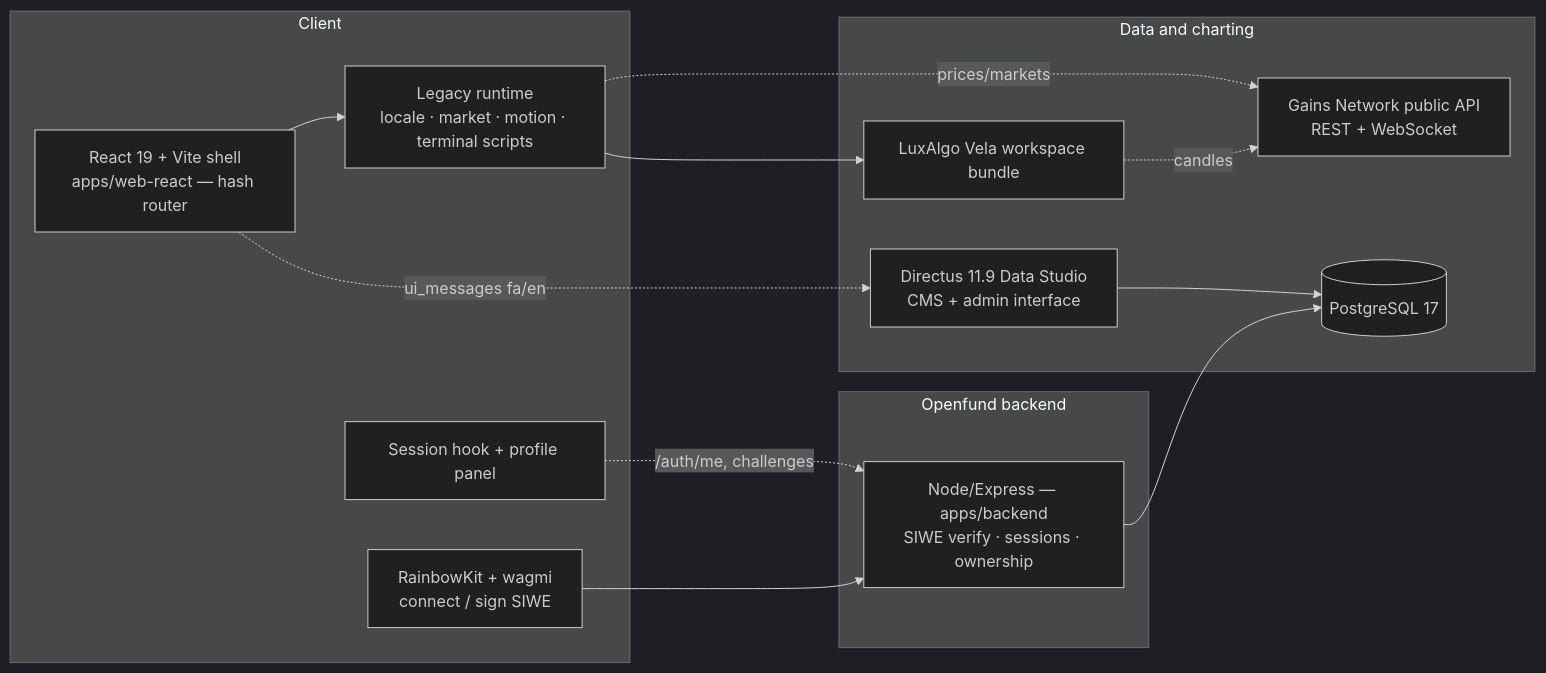
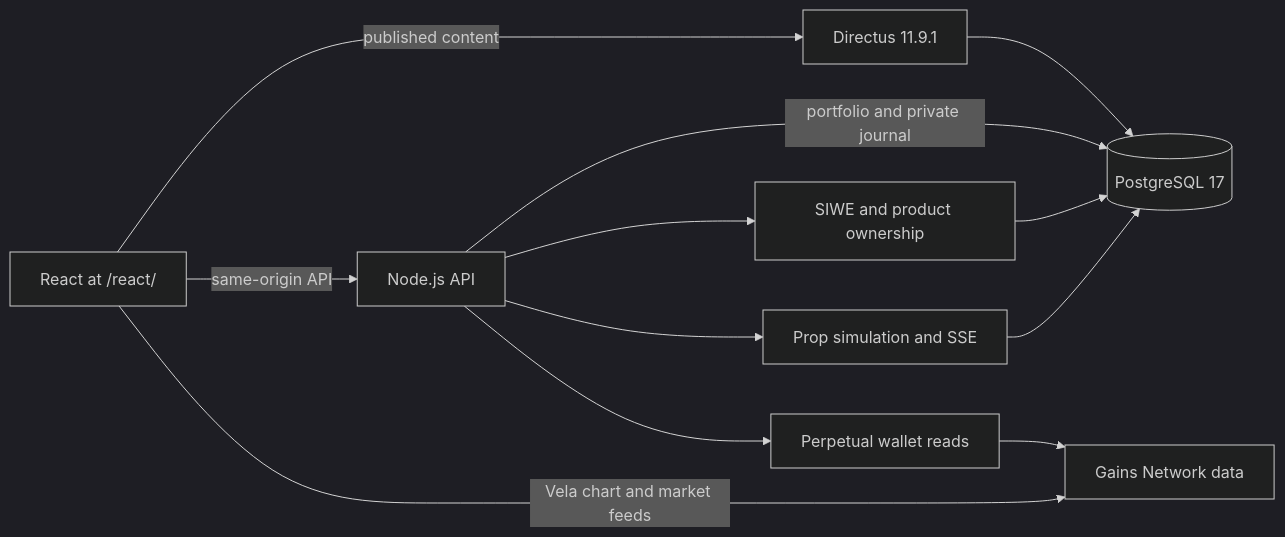
The diagram in README.md (algomanlife/openfund), drawn with Mermaid (dark theme) before and after one commit. The commit also changed other lines of this file and 170 other files, not shown here.

````diff
--- a/README.md
+++ b/README.md
@@ -113,26 +106,14 @@
 ```mermaid
 flowchart LR
-  subgraph Client
-    R[React 19 + Vite shell<br/>apps/web-react — hash router]
-    L[Legacy runtime<br/>locale · market · motion · terminal scripts]
-    W[RainbowKit + wagmi<br/>connect / sign SIWE]
-    S[Session hook + profile panel]
-  end
-  subgraph Openfund backend
-    B[Node/Express — apps/backend<br/>SIWE verify · sessions · ownership]
-  end
-  subgraph Data and charting
-    V[LuxAlgo Vela workspace bundle]
-    G[Gains Network public API<br/>REST + WebSocket]
-    D[(PostgreSQL 17)]
-    DS[Directus 11.9 Data Studio<br/>CMS + admin interface]
-  end
-  R --> L --> V
-  V -.candles.-> G
-  L -.prices/markets.-> G
-  W --> B
-  B --> D
-  S -. /auth/me, challenges .-> B
-  R -. ui_messages fa/en .-> DS
-  DS --> D
+  React[React at /react/] -->|same-origin API| API[Node.js API]
+  React -->|published content| CMS[Directus 11.9.1]
+  React -->|Vela chart and market feeds| Gains[Gains Network data]
+  API --> Auth[SIWE and product ownership]
+  API --> Engine[Prop simulation and SSE]
+  API --> Read[Perpetual wallet reads]
+  Read --> Gains
+  Engine --> DB[(PostgreSQL 17)]
+  Auth --> DB
+  API -->|portfolio and private journal| DB
+  CMS --> DB
 ```
````
